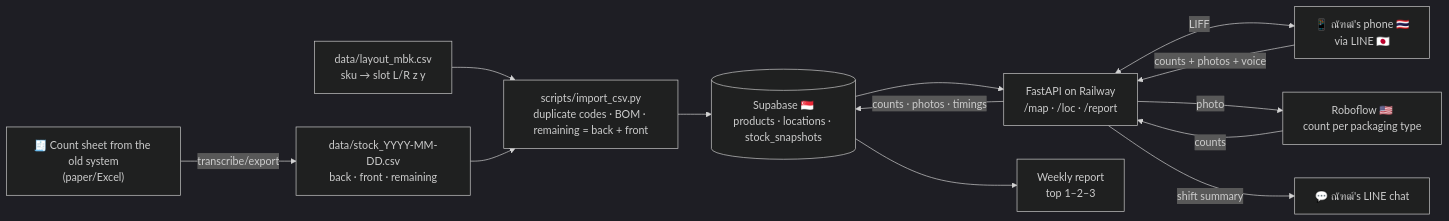
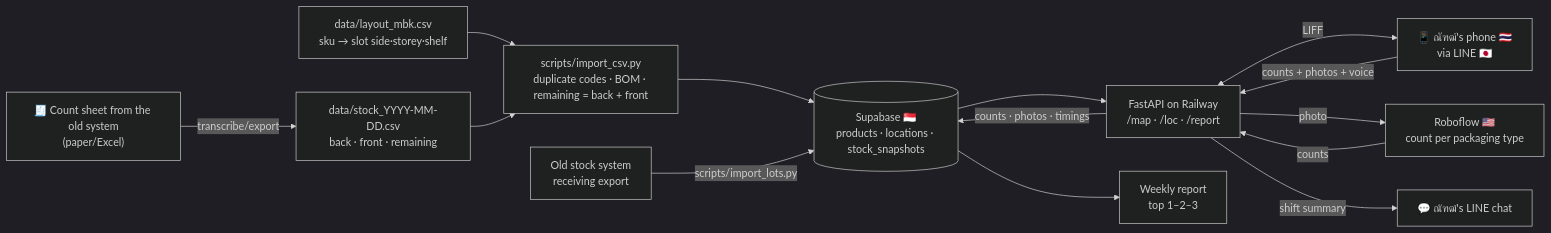
One commit to Lemonade678/Avatar_clinic changed the diagram in docs/specs/2026-10-06-stock-count-design-en.md. Above: the diagram before and after it, drawn with Mermaid (dark theme). The commit also changed other lines of this file and 4 other files, not shown here.

````diff
--- a/docs/specs/2026-10-06-stock-count-design-en.md
+++ b/docs/specs/2026-10-06-stock-count-design-en.md
@@ -83,15 +85,16 @@
 ```mermaid
 flowchart LR
   sheet["🧾 Count sheet from the old system<br>(paper/Excel)"] -->|transcribe/export| csv["data/stock_YYYY-MM-DD.csv<br>back · front · remaining"]
-  layout["data/layout_mbk.csv<br>sku → slot L/R z y"] --> imp
+  layout["data/layout_mbk.csv<br>sku → slot side·storey·shelf"] --> imp
   csv --> imp["scripts/import_csv.py<br>duplicate codes · BOM · remaining = back + front"]
   imp --> db[("Supabase 🇸🇬<br>products · locations · stock_snapshots")]
+  legacy["Old stock system<br>receiving export"] -->|scripts/import_lots.py| db
   db --> app["FastAPI on Railway<br>/map · /loc · /report"]
   app <-->|LIFF| phone["📱 ณัฑฒ์'s phone 🇹🇭<br>via LINE 🇯🇵"]
   phone -->|counts + photos + voice| app
   app -->|photo| rf["Roboflow 🇺🇸<br>count per packaging type"]
   rf -->|counts| app
   app -->|counts · photos · timings| db
   db --> rep["Weekly report<br>top 1–2–3"]
   app -->|shift summary| line["💬 ณัฑฒ์'s LINE chat"]
 ```
````
